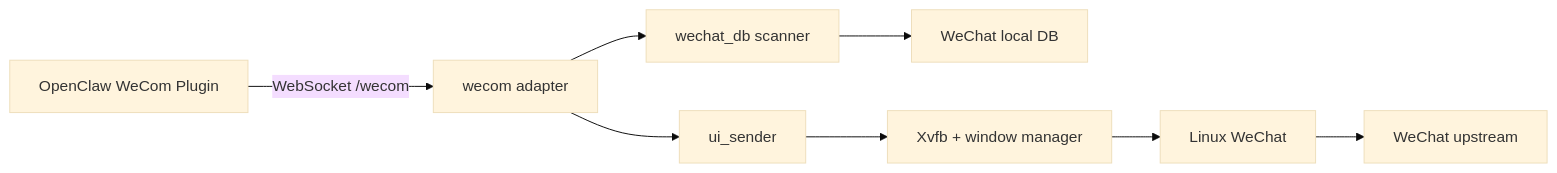
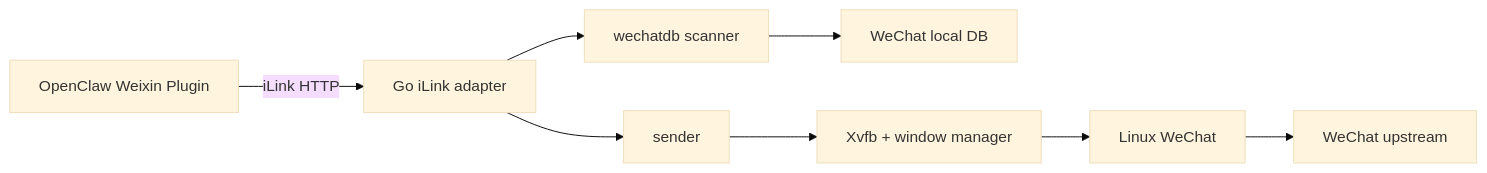
Before and after one commit to netcat-ai/webox: the diagram in docs/architecture.md, drawn with Mermaid (base theme). The commit also changed other lines of this file and 16 other files, not shown here.

Commit message:
replace WeCom adapter with Go iLink protocol

````diff
--- a/docs/architecture.md
+++ b/docs/architecture.md
@@ -17,10 +17,10 @@
 ```mermaid
 flowchart LR
-  OpenClaw["OpenClaw WeCom Plugin"] -->|"WebSocket /wecom"| Adapter["wecom adapter"]
-  Adapter --> DBScanner["wechat_db scanner"]
+  OpenClaw["OpenClaw Weixin Plugin"] -->|"iLink HTTP"| Adapter["Go iLink adapter"]
+  Adapter --> DBScanner["wechatdb scanner"]
   DBScanner --> WXDB["WeChat local DB"]
-  Adapter --> UISender["ui_sender"]
+  Adapter --> UISender["sender"]
   UISender --> Display["Xvfb + window manager"]
   Display --> WeChat["Linux WeChat"]
   WeChat --> WXNet["WeChat upstream"]
 ```
````
